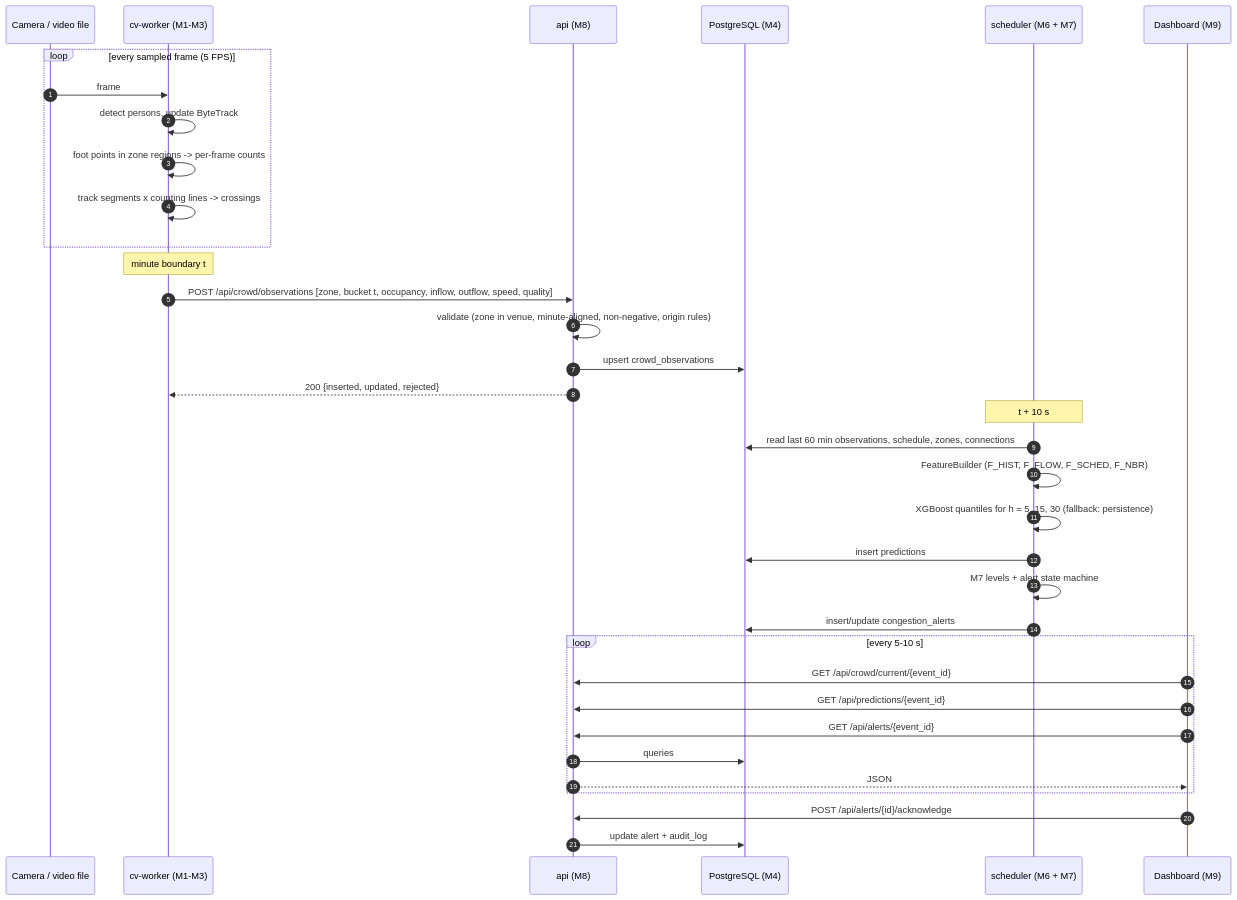
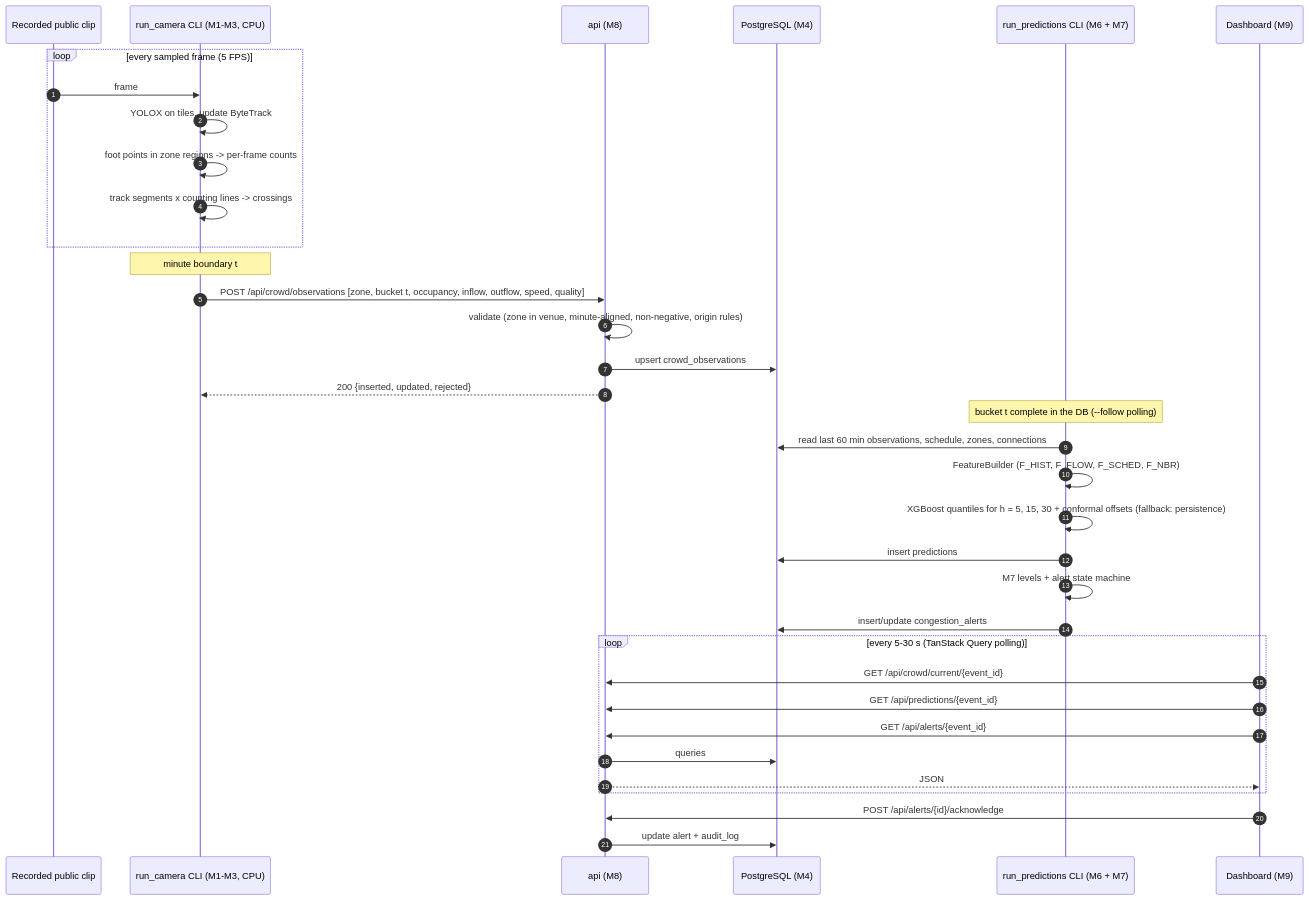
The diagram in ARCHITECTURE/data_flow.mmd (prajj267/CrowdCast), drawn with Mermaid before and after one commit. The commit also changed 11 other files, not shown here.

First line of the commit message:
9.4: documentation audit (AUDIT_9_4.md); README, docs 07, 09, 10, 14, 15, 18 and architecture diagrams match the solo implementation

```diff
--- a/ARCHITECTURE/data_flow.mmd
+++ b/ARCHITECTURE/data_flow.mmd
@@ -1,41 +1,41 @@
-%% CROWDCAST — Per-minute data flow (perception -> storage -> prediction -> presentation)
-%% Timing budget: DOCUMENTATION/07_SYSTEM_ARCHITECTURE.md §5
+%% CROWDCAST — Per-minute data flow as implemented (perception -> storage -> prediction -> presentation)
+%% Solo runtime: DOCUMENTATION/07 §9. All times are EVENT time (video start or simulation), never wall-clock.
 sequenceDiagram
   autonumber
-  participant Cam as Camera / video file
-  participant CV as cv-worker (M1-M3)
+  participant Cam as Recorded public clip
+  participant CV as run_camera CLI (M1-M3, CPU)
   participant API as api (M8)
   participant DB as PostgreSQL (M4)
-  participant SCH as scheduler (M6 + M7)
+  participant SCH as run_predictions CLI (M6 + M7)
   participant UI as Dashboard (M9)
 
   loop every sampled frame (5 FPS)
     Cam->>CV: frame
-    CV->>CV: detect persons, update ByteTrack
+    CV->>CV: YOLOX on tiles, update ByteTrack
     CV->>CV: foot points in zone regions -> per-frame counts
     CV->>CV: track segments x counting lines -> crossings
   end
 
   Note over CV: minute boundary t
   CV->>API: POST /api/crowd/observations [zone, bucket t, occupancy, inflow, outflow, speed, quality]
   API->>API: validate (zone in venue, minute-aligned, non-negative, origin rules)
   API->>DB: upsert crowd_observations
   API-->>CV: 200 {inserted, updated, rejected}
 
-  Note over SCH: t + 10 s
+  Note over SCH: bucket t complete in the DB (--follow polling)
   SCH->>DB: read last 60 min observations, schedule, zones, connections
   SCH->>SCH: FeatureBuilder (F_HIST, F_FLOW, F_SCHED, F_NBR)
-  SCH->>SCH: XGBoost quantiles for h = 5, 15, 30 (fallback: persistence)
+  SCH->>SCH: XGBoost quantiles for h = 5, 15, 30 + conformal offsets (fallback: persistence)
   SCH->>DB: insert predictions
   SCH->>SCH: M7 levels + alert state machine
   SCH->>DB: insert/update congestion_alerts
 
-  loop every 5-10 s
+  loop every 5-30 s (TanStack Query polling)
     UI->>API: GET /api/crowd/current/{event_id}
     UI->>API: GET /api/predictions/{event_id}
     UI->>API: GET /api/alerts/{event_id}
     API->>DB: queries
     API-->>UI: JSON
   end
   UI->>API: POST /api/alerts/{id}/acknowledge
   API->>DB: update alert + audit_log
```
